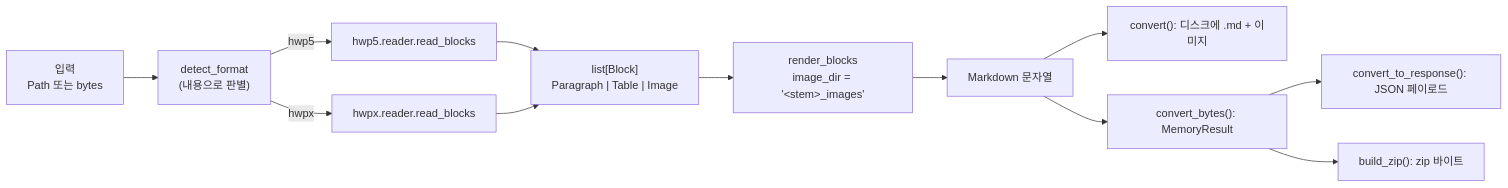
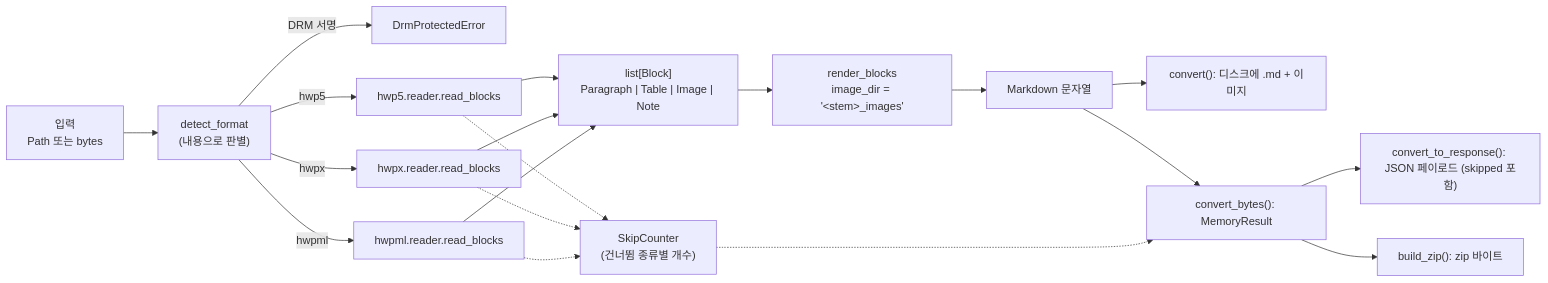
The first of 3 diagrams in docs/feature-reference.md (ilyos-numon/hwp2md), drawn with Mermaid before and after one commit. The commit also changed other lines of this file and 1 other file, not shown here.

````diff
--- a/docs/feature-reference.md
+++ b/docs/feature-reference.md
@@ -67,14 +77,21 @@
 ```mermaid
 flowchart LR
   IN["입력<br>Path 또는 bytes"] --> DET["detect_format<br>(내용으로 판별)"]
+  DET -->|DRM 서명| DRM["DrmProtectedError"]
   DET -->|hwp5| R5["hwp5.reader.read_blocks"]
   DET -->|hwpx| RX["hwpx.reader.read_blocks"]
-  R5 --> BL["list[Block]<br>Paragraph | Table | Image"]
+  DET -->|hwpml| RM["hwpml.reader.read_blocks"]
+  R5 --> BL["list[Block]<br>Paragraph | Table | Image | Note"]
   RX --> BL
+  RM --> BL
+  R5 -.-> SK["SkipCounter<br>(건너뜀 종류별 개수)"]
+  RX -.-> SK
+  RM -.-> SK
   BL --> RD["render_blocks<br>image_dir = '&lt;stem&gt;_images'"]
   RD --> MD["Markdown 문자열"]
   MD --> DISK["convert(): 디스크에 .md + 이미지"]
   MD --> MEM["convert_bytes(): MemoryResult"]
-  MEM --> JSON["convert_to_response(): JSON 페이로드"]
+  SK -.-> MEM
+  MEM --> JSON["convert_to_response(): JSON 페이로드 (skipped 포함)"]
   MEM --> ZIP["build_zip(): zip 바이트"]
 ```
````
